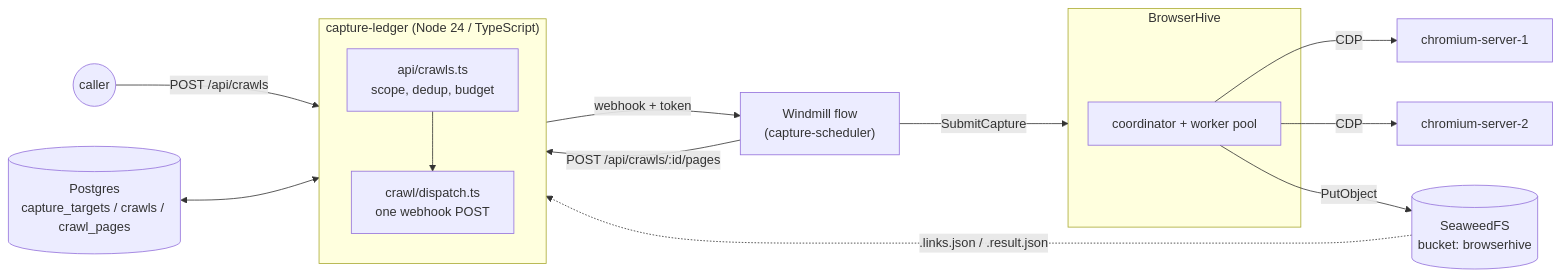
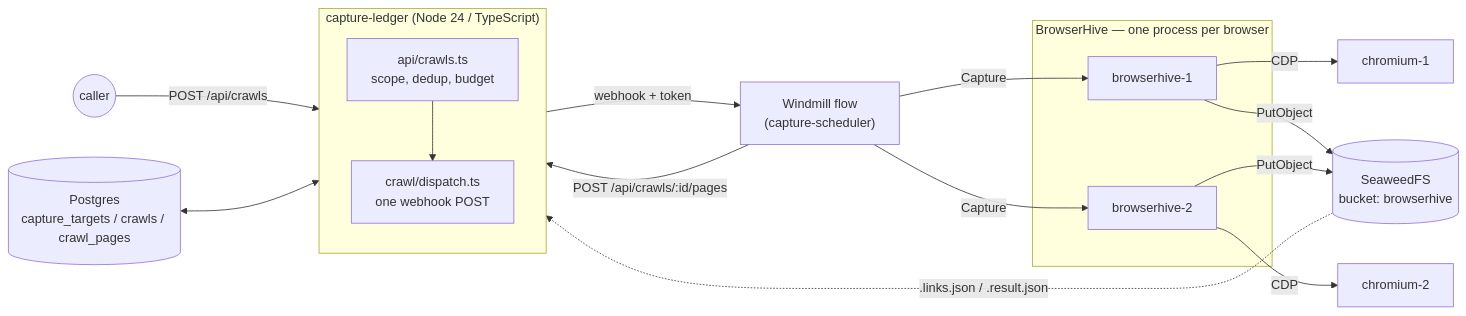
The first of 2 diagrams in docs-site/src/content/docs/architecture.mdx (uraitakahito/waggle), drawn with Mermaid before and after one commit. The commit also changed other lines of this file and 20 other files, not shown here.

First line of the commit message:
feat: BrowserHive v9.0.0 —— browser 1 台に endpoint 1 つ (browserhive-1 / -2)

````diff
--- a/docs-site/src/content/docs/architecture.mdx
+++ b/docs-site/src/content/docs/architecture.mdx
@@ -8,21 +8,24 @@
 ```mermaid
 flowchart LR
   U((caller)) -->|"POST /api/crawls"| W
   PG[("Postgres<br/>capture_targets / crawls / crawl_pages")] <--> W
   subgraph W["capture-ledger (Node 24 / TypeScript)"]
     direction TB
     API["api/crawls.ts<br/>scope, dedup, budget"]
     DIS["crawl/dispatch.ts<br/>one webhook POST"]
     API --> DIS
   end
   DIS -->|"webhook + token"| WM["Windmill flow<br/>(capture-scheduler)"]
-  WM -->|SubmitCapture| BH
-  subgraph BH["BrowserHive"]
-    COORD[coordinator + worker pool]
+  WM -->|Capture| BH1
+  WM -->|Capture| BH2
+  subgraph BH["BrowserHive — one process per browser"]
+    BH1[browserhive-1]
+    BH2[browserhive-2]
   end
-  COORD -->|CDP| C1[chromium-server-1]
-  COORD -->|CDP| C2[chromium-server-2]
-  COORD -->|PutObject| S3[(SeaweedFS<br/>bucket: browserhive)]
+  BH1 -->|CDP| C1[chromium-1]
+  BH2 -->|CDP| C2[chromium-2]
+  BH1 -->|PutObject| S3[(SeaweedFS<br/>bucket: browserhive)]
+  BH2 -->|PutObject| S3
   WM -->|"POST /api/crawls/:id/pages"| API
   S3 -.->|".links.json / .result.json"| API
 ```
````
